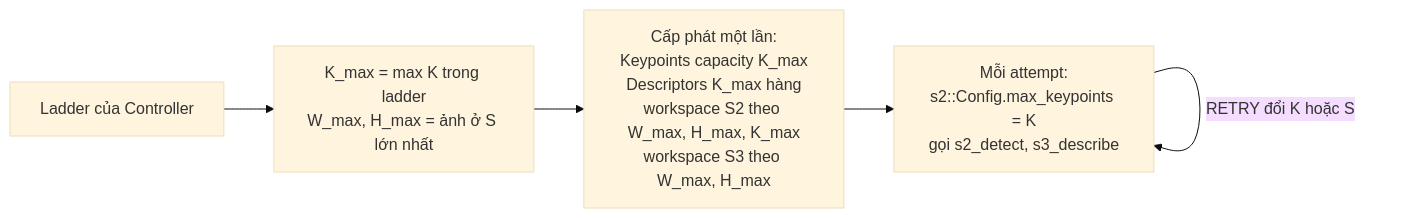
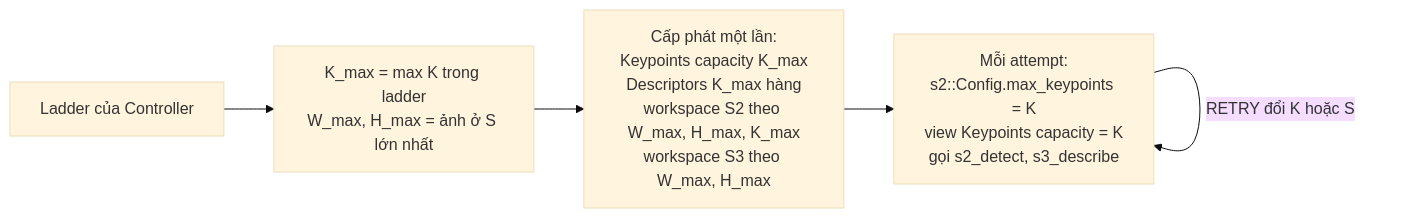
The diagram in docs/decisions/s2-s3-dynamic-k.md (nh-atuan/crossstage-stitch), drawn with Mermaid (base theme) before and after one commit. The commit also changed other lines of this file and 2 other files, not shown here.

````diff
--- a/docs/decisions/s2-s3-dynamic-k.md
+++ b/docs/decisions/s2-s3-dynamic-k.md
@@ -37,7 +37,7 @@
 ```mermaid
 flowchart LR
     L["Ladder của Controller"] --> M["K_max = max K trong ladder<br/>W_max, H_max = ảnh ở S lớn nhất"]
     M --> A["Cấp phát một lần:<br/>Keypoints capacity K_max<br/>Descriptors K_max hàng<br/>workspace S2 theo W_max, H_max, K_max<br/>workspace S3 theo W_max, H_max"]
-    A --> R["Mỗi attempt:<br/>s2::Config.max_keypoints = K<br/>gọi s2_detect, s3_describe"]
+    A --> R["Mỗi attempt:<br/>s2::Config.max_keypoints = K<br/>view Keypoints capacity = K<br/>gọi s2_detect, s3_describe"]
     R -->|"RETRY đổi K hoặc S"| R
 ```
````
